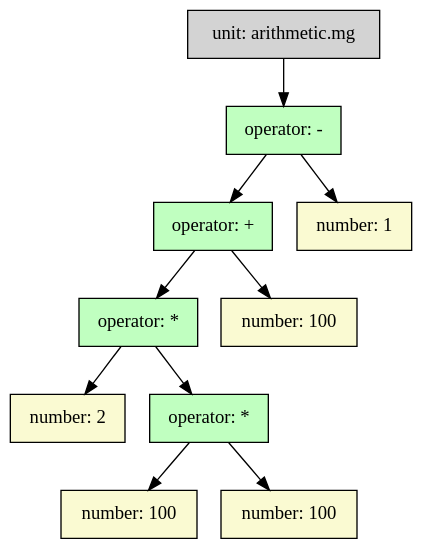
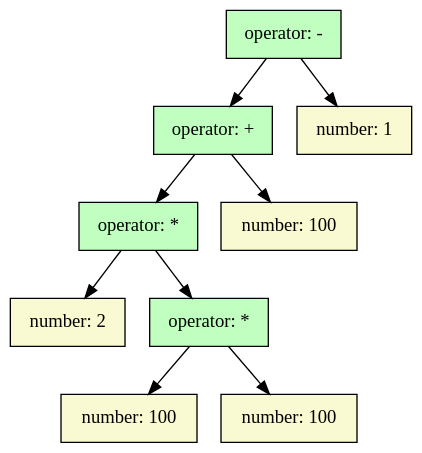
Before and after one commit to monogram-project/monogram: the second of 2 diagrams in docs/arithmetic.md, drawn with Graphviz. The commit also changed other lines of this file and 10 other files, not shown here.

````diff
--- a/docs/arithmetic.md
+++ b/docs/arithmetic.md
@@ -186,25 +180,23 @@
 ```dot
 digraph G {
   bgcolor="transparent";
   node [shape="box", style="filled", fontname="Ubuntu Mono"];
-  "node_0xc00007e570" [label="unit: arithmetic.mg", shape="box", fillcolor="lightgray"];
-  "node_0xc00007e510" [label="operator: -", shape="box", fillcolor="#C0FFC0"];
-  "node_0xc00007e570" -> "node_0xc00007e510";
-  "node_0xc00007e450" [label="operator: +", shape="box", fillcolor="#C0FFC0"];
-  "node_0xc00007e510" -> "node_0xc00007e450";
-  "node_0xc00007e390" [label="operator: *", shape="box", fillcolor="#C0FFC0"];
-  "node_0xc00007e450" -> "node_0xc00007e390";
-  "node_0xc00007e210" [label="number: 2", shape="box", fillcolor="lightgoldenrodyellow"];
-  "node_0xc00007e390" -> "node_0xc00007e210";
-  "node_0xc00007e330" [label="operator: *", shape="box", fillcolor="#C0FFC0"];
-  "node_0xc00007e390" -> "node_0xc00007e330";
-  "node_0xc00007e270" [label="number: 100", shape="box", fillcolor="lightgoldenrodyellow"];
-  "node_0xc00007e330" -> "node_0xc00007e270";
-  "node_0xc00007e2d0" [label="number: 100", shape="box", fillcolor="lightgoldenrodyellow"];
-  "node_0xc00007e330" -> "node_0xc00007e2d0";
-  "node_0xc00007e3f0" [label="number: 100", shape="box", fillcolor="lightgoldenrodyellow"];
-  "node_0xc00007e450" -> "node_0xc00007e3f0";
-  "node_0xc00007e4b0" [label="number: 1", shape="box", fillcolor="lightgoldenrodyellow"];
-  "node_0xc00007e510" -> "node_0xc00007e4b0";
+  "node_0xc00007c510" [label="operator: -", shape="box", fillcolor="#C0FFC0"];
+  "node_0xc00007c450" [label="operator: +", shape="box", fillcolor="#C0FFC0"];
+  "node_0xc00007c510" -> "node_0xc00007c450";
+  "node_0xc00007c390" [label="operator: *", shape="box", fillcolor="#C0FFC0"];
+  "node_0xc00007c450" -> "node_0xc00007c390";
+  "node_0xc00007c210" [label="number: 2", shape="box", fillcolor="lightgoldenrodyellow"];
+  "node_0xc00007c390" -> "node_0xc00007c210";
+  "node_0xc00007c330" [label="operator: *", shape="box", fillcolor="#C0FFC0"];
+  "node_0xc00007c390" -> "node_0xc00007c330";
+  "node_0xc00007c270" [label="number: 100", shape="box", fillcolor="lightgoldenrodyellow"];
+  "node_0xc00007c330" -> "node_0xc00007c270";
+  "node_0xc00007c2d0" [label="number: 100", shape="box", fillcolor="lightgoldenrodyellow"];
+  "node_0xc00007c330" -> "node_0xc00007c2d0";
+  "node_0xc00007c3f0" [label="number: 100", shape="box", fillcolor="lightgoldenrodyellow"];
+  "node_0xc00007c450" -> "node_0xc00007c3f0";
+  "node_0xc00007c4b0" [label="number: 1", shape="box", fillcolor="lightgoldenrodyellow"];
+  "node_0xc00007c510" -> "node_0xc00007c4b0";
 }
 ```
````
